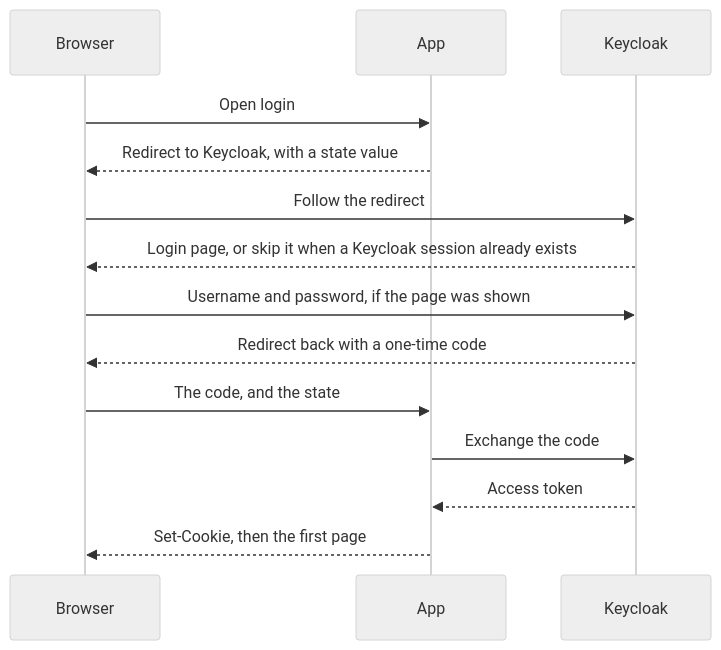
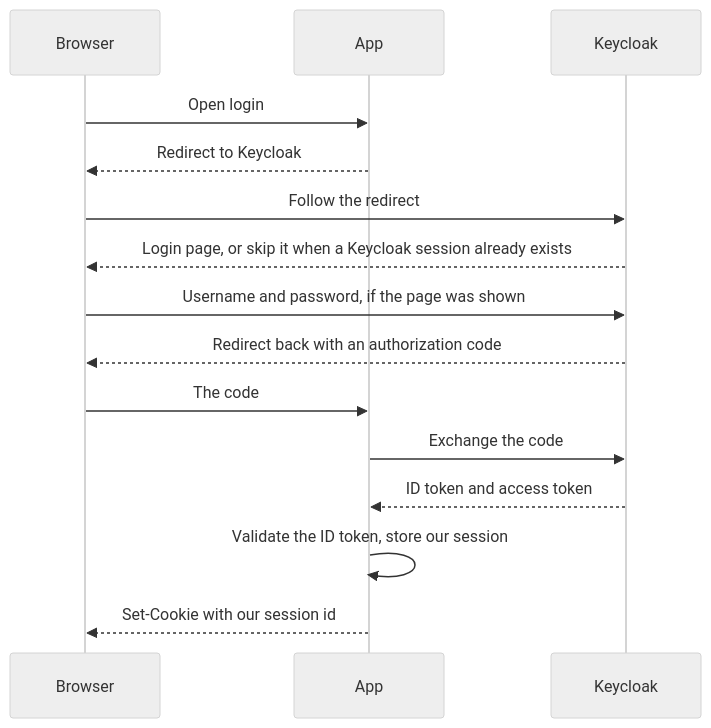
The fifth of 7 diagrams in auth/README.md (tgogos/CS_notes), drawn with Mermaid (neutral theme) before and after one commit. The commit also changed other lines of this file, not shown here.

Commit message:
Separate the session, its id, and the cookie, and treat the ID token as the Keycloak login result.

````diff
--- a/auth/README.md
+++ b/auth/README.md
@@ -187,17 +195,18 @@
 ```mermaid
 sequenceDiagram
   participant Browser
   participant App
   participant Keycloak
 
   Browser->>App: Open login
-  App-->>Browser: Redirect to Keycloak, with a state value
+  App-->>Browser: Redirect to Keycloak
   Browser->>Keycloak: Follow the redirect
   Keycloak-->>Browser: Login page, or skip it when a Keycloak session already exists
   Browser->>Keycloak: Username and password, if the page was shown
-  Keycloak-->>Browser: Redirect back with a one-time code
-  Browser->>App: The code, and the state
+  Keycloak-->>Browser: Redirect back with an authorization code
+  Browser->>App: The code
   App->>Keycloak: Exchange the code
-  Keycloak-->>App: Access token
-  App-->>Browser: Set-Cookie, then the first page
+  Keycloak-->>App: ID token and access token
+  App->>App: Validate the ID token, store our session
+  App-->>Browser: Set-Cookie with our session id
 ```
````
